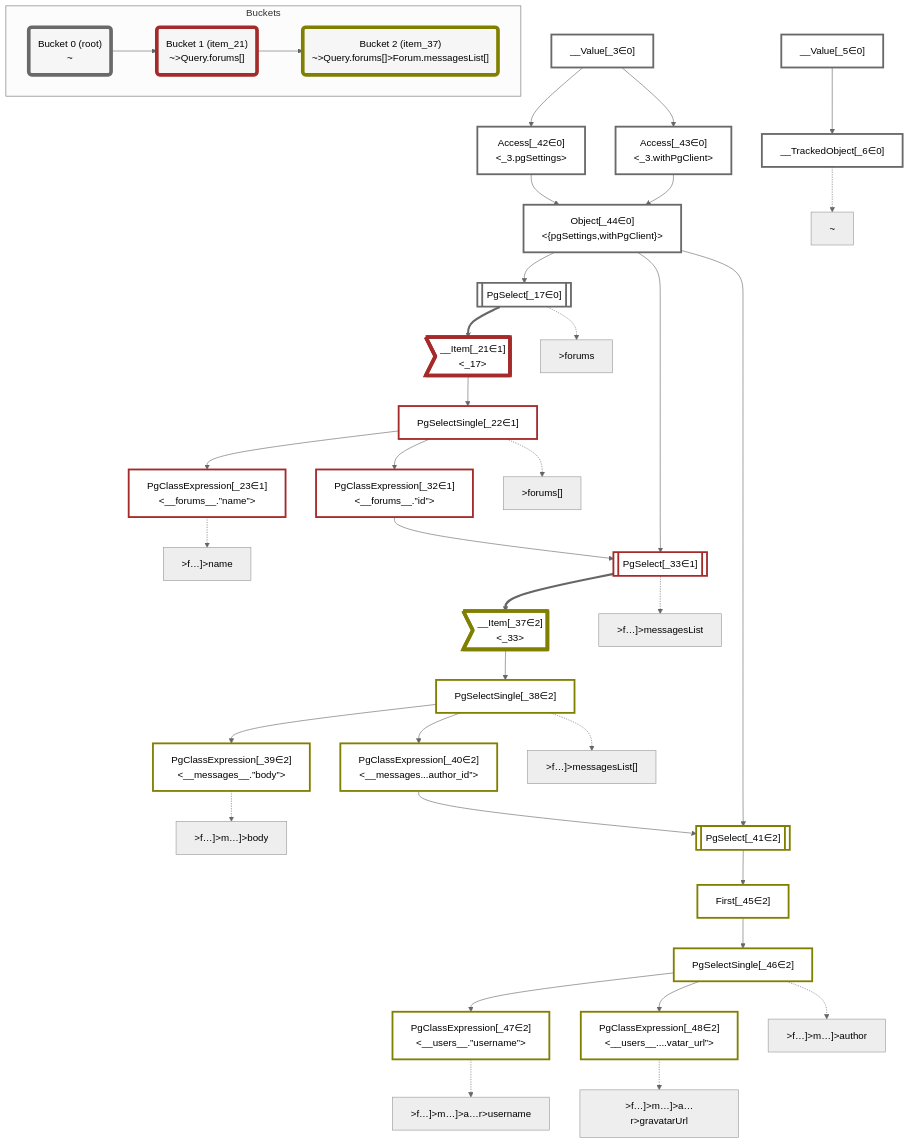
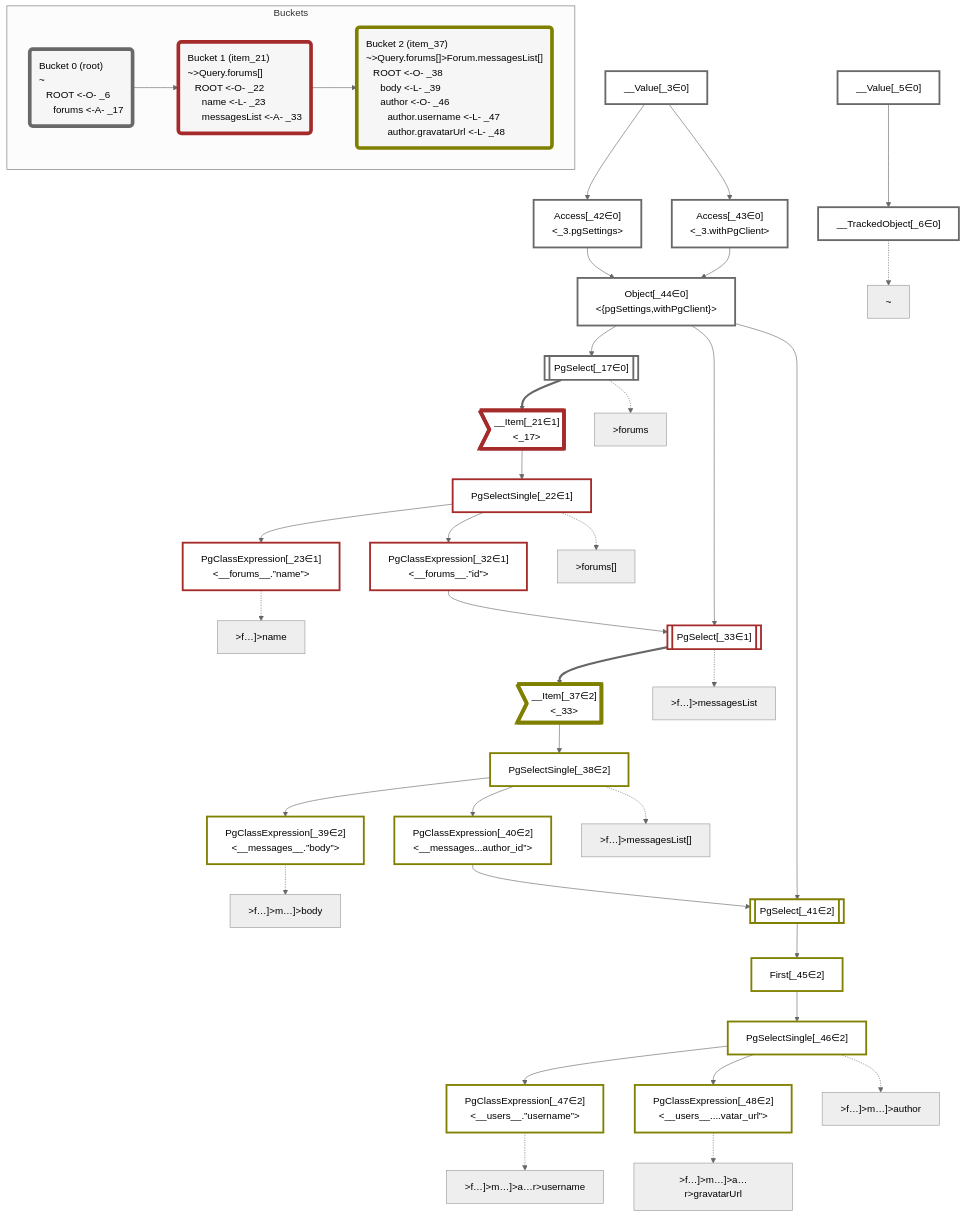
Before and after one commit to graphile/crystal: the diagram in packages/dataplan-pg/__tests__/queries/conditions/include-all-archived.deopt.mermaid.md, drawn with Mermaid (neutral theme). The commit also changed 195 other files, not shown here.

```diff
--- a/packages/dataplan-pg/__tests__/queries/conditions/include-all-archived.deopt.mermaid.md
+++ b/packages/dataplan-pg/__tests__/queries/conditions/include-all-archived.deopt.mermaid.md
@@ -4,7 +4,7 @@
     classDef plan fill:#fff,stroke-width:3px,color:#000
     classDef itemplan fill:#fff,stroke-width:6px,color:#000
     classDef sideeffectplan fill:#f00,stroke-width:6px,color:#000
-    classDef bucket fill:#f6f6f6,color:#000,stroke-width:6px
+    classDef bucket fill:#f6f6f6,color:#000,stroke-width:6px,text-align:left
 
 
     %% define plans
@@ -85,12 +85,12 @@
     class __Item_37,PgSelectSingle_38,PgClassExpression_39,PgClassExpression_40,PgSelect_41,First_45,PgSelectSingle_46,PgClassExpression_47,PgClassExpression_48 bucket2
 
     subgraph Buckets
-    Bucket0("Bucket 0 (root)<br />~"):::bucket
+    Bucket0("Bucket 0 (root)<br />~<br />⠀ROOT <-O- _6<br />⠀⠀forums <-A- _17"):::bucket
     style Bucket0 stroke:#696969
-    Bucket1("Bucket 1 (item_21)<br />~>Query.forums[]"):::bucket
+    Bucket1("Bucket 1 (item_21)<br />~>Query.forums[]<br />⠀ROOT <-O- _22<br />⠀⠀name <-L- _23<br />⠀⠀messagesList <-A- _33"):::bucket
     style Bucket1 stroke:#a52a2a
     Bucket0 --> Bucket1
-    Bucket2("Bucket 2 (item_37)<br />~>Query.forums[]>Forum.messagesList[]"):::bucket
+    Bucket2("Bucket 2 (item_37)<br />~>Query.forums[]>Forum.messagesList[]<br />⠀ROOT <-O- _38<br />⠀⠀body <-L- _39<br />⠀⠀author <-O- _46<br />⠀⠀⠀author.username <-L- _47<br />⠀⠀⠀author.gravatarUrl <-L- _48"):::bucket
     style Bucket2 stroke:#808000
     Bucket1 --> Bucket2
     end
```
